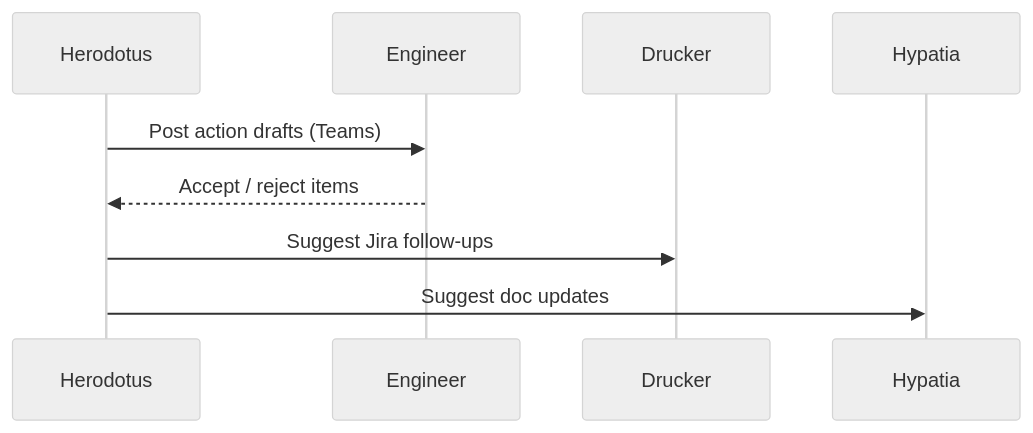
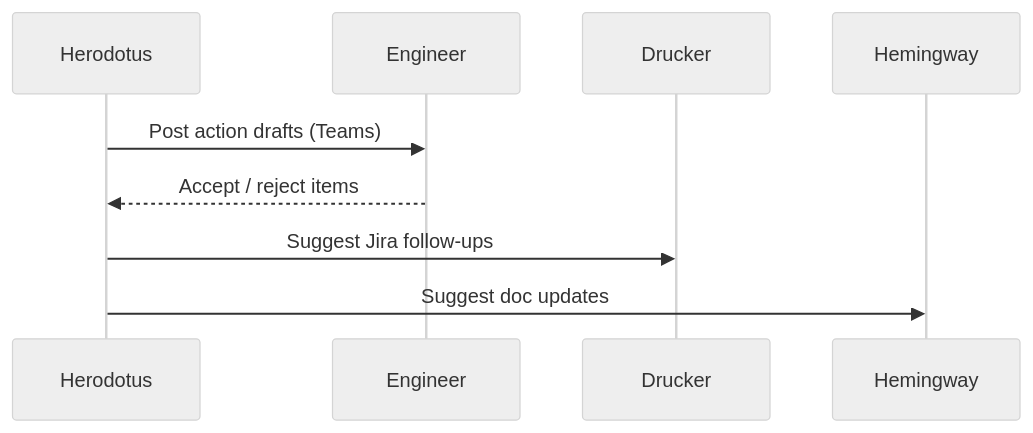
One commit to jmac-cornelis/agent-workforce changed the second of 2 diagrams in agents/herodotus/docs/PLAN.md. Above: the diagram before and after it, drawn with Mermaid (neutral theme). The commit also changed other lines of this file and 77 other files, not shown here.

Commit message:
Rename Hypatia to Hemingway across entire codebase

````diff
--- a/agents/herodotus/docs/PLAN.md
+++ b/agents/herodotus/docs/PLAN.md
@@ -87,11 +87,11 @@
 ```mermaid
 sequenceDiagram
     participant H as Herodotus
     participant E as Engineer
     participant D as Drucker
-    participant Hy as Hypatia
+    participant Hy as Hemingway
     H->>E: Post action drafts (Teams)
     E-->>H: Accept / reject items
     H->>D: Suggest Jira follow-ups
     H->>Hy: Suggest doc updates
 ```
````
